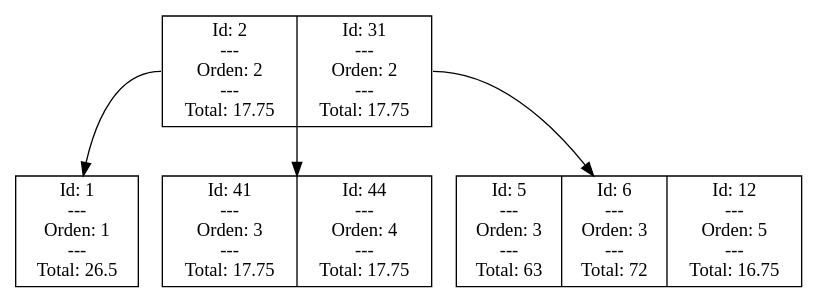
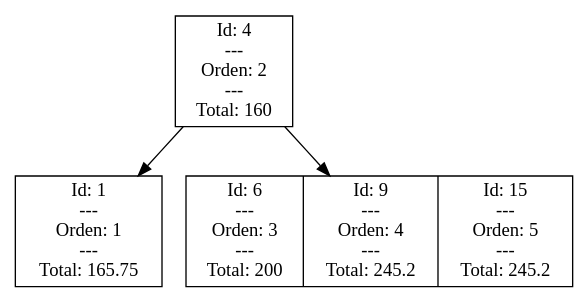
The diagram in Fase2/bin/Debug/net9.0/reportedot/B5.dot (CarlosdelCidUSAC/EDD-1S2025_202300625), drawn with Graphviz before and after one commit. The commit also changed 22 other files, not shown here.

```diff
--- a/Fase2/bin/Debug/net9.0/reportedot/B5.dot
+++ b/Fase2/bin/Debug/net9.0/reportedot/B5.dot
@@ -1,10 +1,8 @@
 digraph G {
 node [shape=record];
-node0 [label="<f0>Id: 2\n---\nOrden: 2\n---\nTotal: 17.75|<f1>Id: 31\n---\nOrden: 2\n---\nTotal: 17.75"];
+node0 [label="<f0>Id: 4\n---\nOrden: 2\n---\nTotal: 160"];
 node0:f0 -> node1;
-node1 [label="<f0>Id: 1\n---\nOrden: 1\n---\nTotal: 26.5"];
+node1 [label="<f0>Id: 1\n---\nOrden: 1\n---\nTotal: 165.75"];
 node0:f1 -> node2;
-node2 [label="<f0>Id: 5\n---\nOrden: 3\n---\nTotal: 63|<f1>Id: 6\n---\nOrden: 3\n---\nTotal: 72|<f2>Id: 12\n---\nOrden: 5\n---\nTotal: 16.75"];
-node0:f2 -> node3;
-node3 [label="<f0>Id: 41\n---\nOrden: 3\n---\nTotal: 17.75|<f1>Id: 44\n---\nOrden: 4\n---\nTotal: 17.75"];
+node2 [label="<f0>Id: 6\n---\nOrden: 3\n---\nTotal: 200|<f1>Id: 9\n---\nOrden: 4\n---\nTotal: 245.2|<f2>Id: 15\n---\nOrden: 5\n---\nTotal: 245.2"];
 }
```
